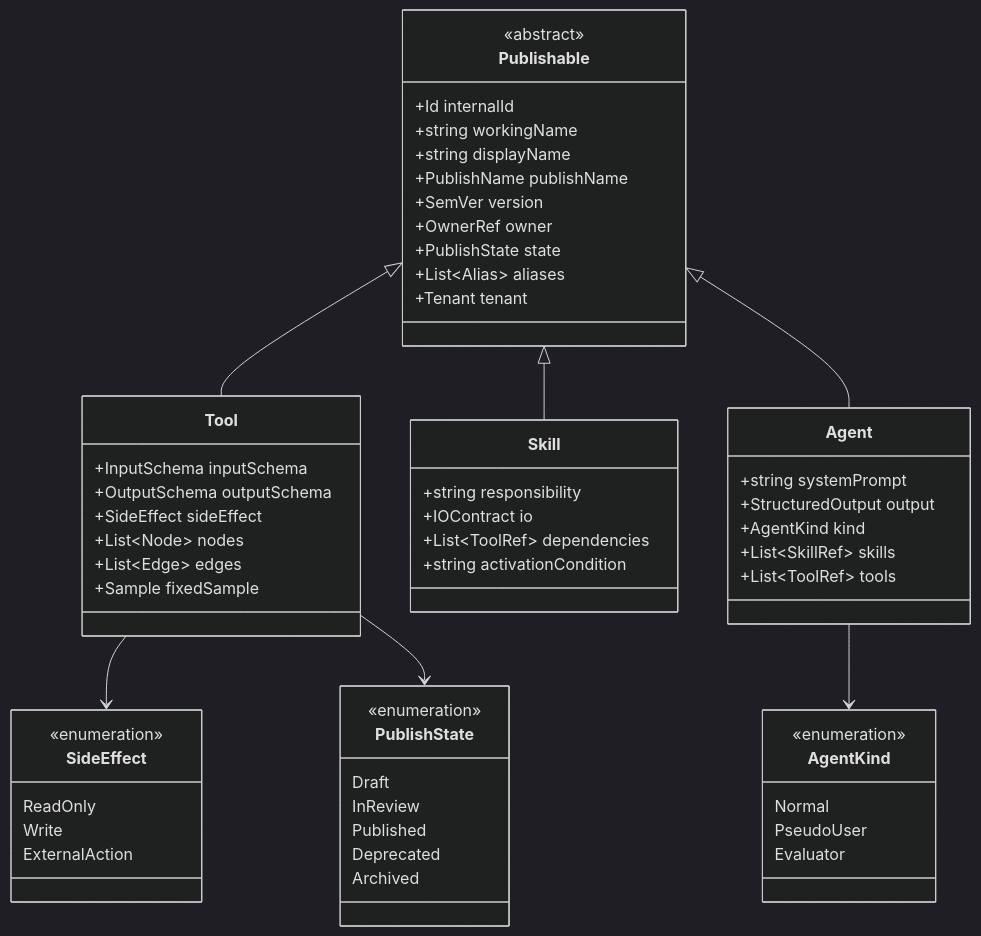
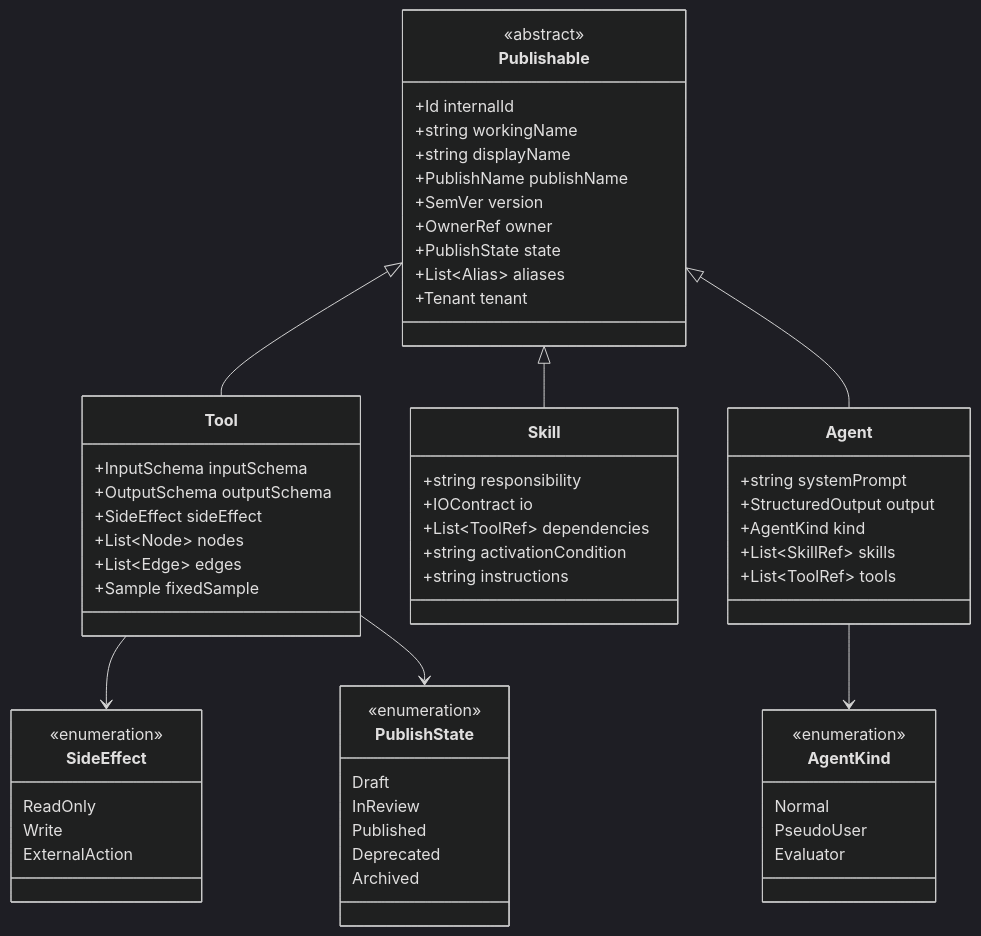
One commit to yy7613/agentblume changed the second of 6 diagrams in docs/03-domain-model.md. Above: the diagram before and after it, drawn with Mermaid (dark theme). The commit also changed other lines of this file and 33 other files, not shown here.

````diff
--- a/docs/03-domain-model.md
+++ b/docs/03-domain-model.md
@@ -50,69 +50,70 @@
 ```mermaid
 classDiagram
   class Publishable {
     <<abstract>>
     +Id internalId
     +string workingName
     +string displayName
     +PublishName publishName
     +SemVer version
     +OwnerRef owner
     +PublishState state
     +List~Alias~ aliases
     +Tenant tenant
   }
 
   class PublishState {
     <<enumeration>>
     Draft
     InReview
     Published
     Deprecated
     Archived
   }
 
   class Tool {
     +InputSchema inputSchema
     +OutputSchema outputSchema
     +SideEffect sideEffect
     +List~Node~ nodes
     +List~Edge~ edges
     +Sample fixedSample
   }
 
   class Skill {
     +string responsibility
     +IOContract io
     +List~ToolRef~ dependencies
     +string activationCondition
+    +string instructions
   }
 
   class Agent {
     +string systemPrompt
     +StructuredOutput output
     +AgentKind kind
     +List~SkillRef~ skills
     +List~ToolRef~ tools
   }
 
   class SideEffect {
     <<enumeration>>
     ReadOnly
     Write
     ExternalAction
   }
 
   class AgentKind {
     <<enumeration>>
     Normal
     PseudoUser
     Evaluator
   }
 
   Publishable <|-- Tool
   Publishable <|-- Skill
   Publishable <|-- Agent
   Tool --> SideEffect
   Tool --> PublishState
   Agent --> AgentKind
 ```
````
